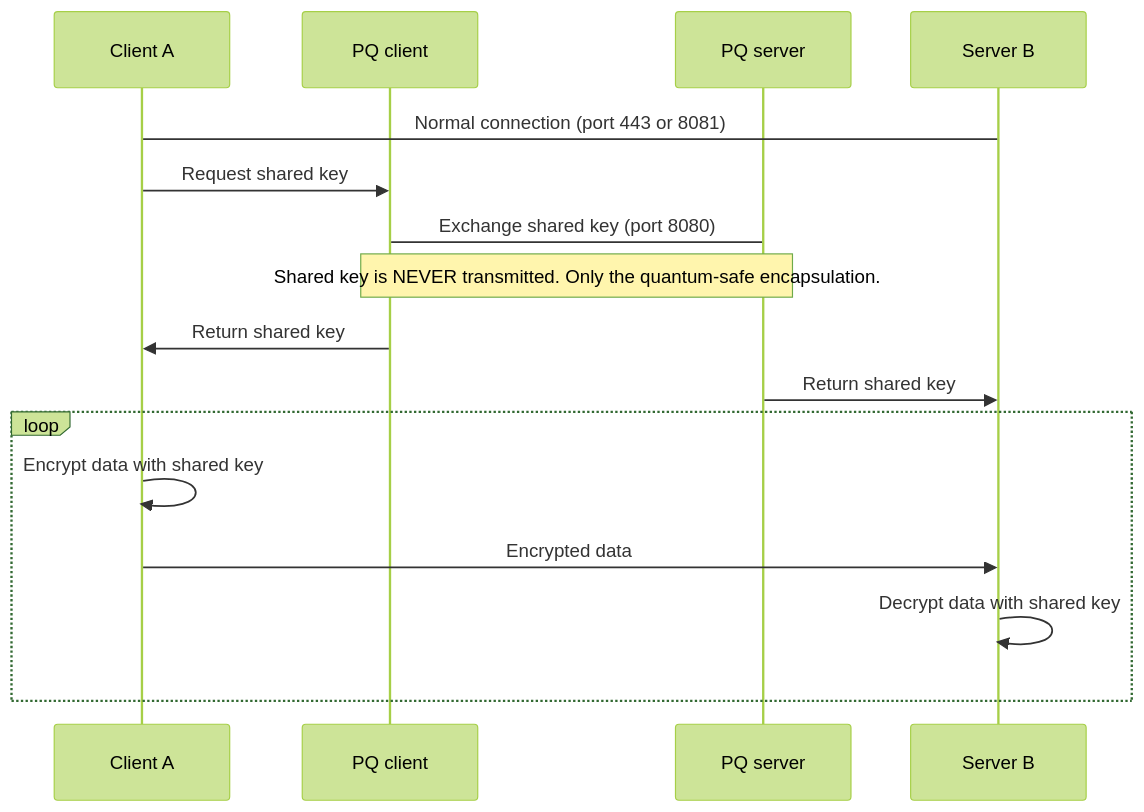
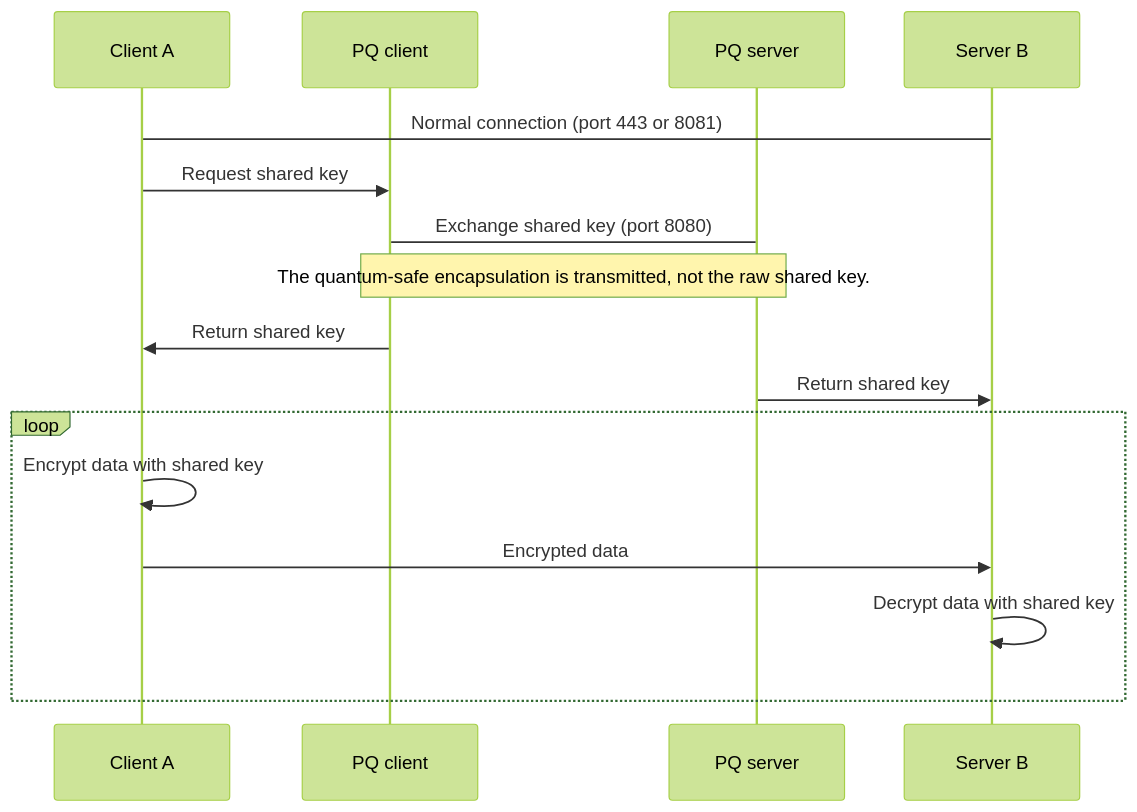
Before and after one commit to ax1/electrocomms: the second of 2 diagrams in README.md, drawn with Mermaid (forest theme).

````diff
--- a/README.md
+++ b/README.md
@@ -41,18 +41,18 @@
 ```mermaid
 sequenceDiagram
     Participant Client A
     Participant PQ client
     Participant PQ server
     Participant Server B
     Client A-> Server B: Normal connection (port 443 or 8081)
     Client A->>PQ client: Request shared key
     PQ client->PQ server: Exchange shared key (port 8080)
-    Note over PQ client, PQ server: Shared key is NEVER transmitted. Only the quantum-safe encapsulation.
+    Note over PQ client, PQ server: The quantum-safe encapsulation is transmitted, not the raw shared key.
     PQ client->>Client A: Return shared key
     PQ server->>Server B: Return shared key
     loop
     Client A->>Client A: Encrypt data with shared key
     Client A->> Server B: Encrypted data
     Server B->>Server B: Decrypt data with shared key
     end
 ```
````
